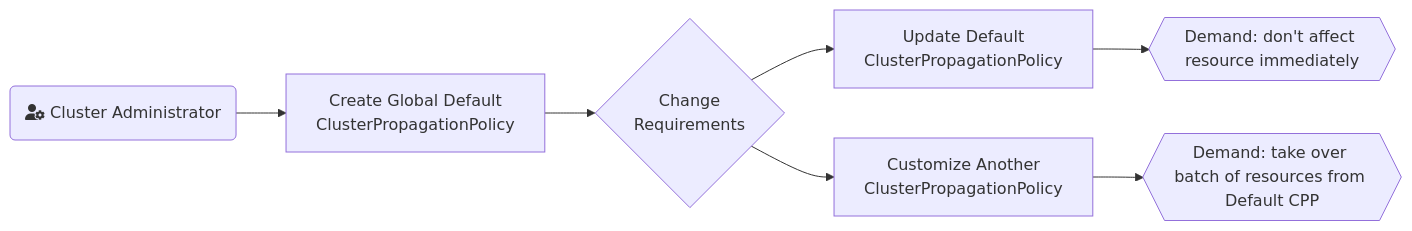
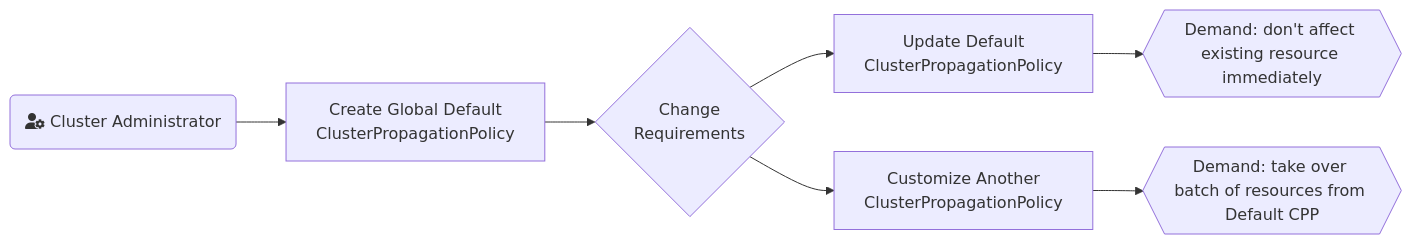
Before and after one commit to guoqinwill/karmada: the first of 7 diagrams in docs/proposals/scheduling/policy-effetive-strategy/statization-of-propagation-policy.md, drawn with Mermaid. The commit also changed other lines of this file, not shown here.

````diff
--- a/docs/proposals/scheduling/policy-effetive-strategy/statization-of-propagation-policy.md
+++ b/docs/proposals/scheduling/policy-effetive-strategy/statization-of-propagation-policy.md
@@ -60,9 +60,9 @@
 ```mermaid
 graph LR
 A(fa:fa-user-cog Cluster Administrator) --> B[Create Global Default \n ClusterPropagationPolicy]
 B --> C{Change\nRequirements}
 C --> D[Update Default \n ClusterPropagationPolicy]
 C --> E[Customize Another \n ClusterPropagationPolicy]
-D --> F{{Demand: don't affect resource immediately}}
+D --> F{{Demand: don't affect existing resource immediately}}
 E --> G{{Demand: take over batch of resources from Default CPP}}
 ```
````
